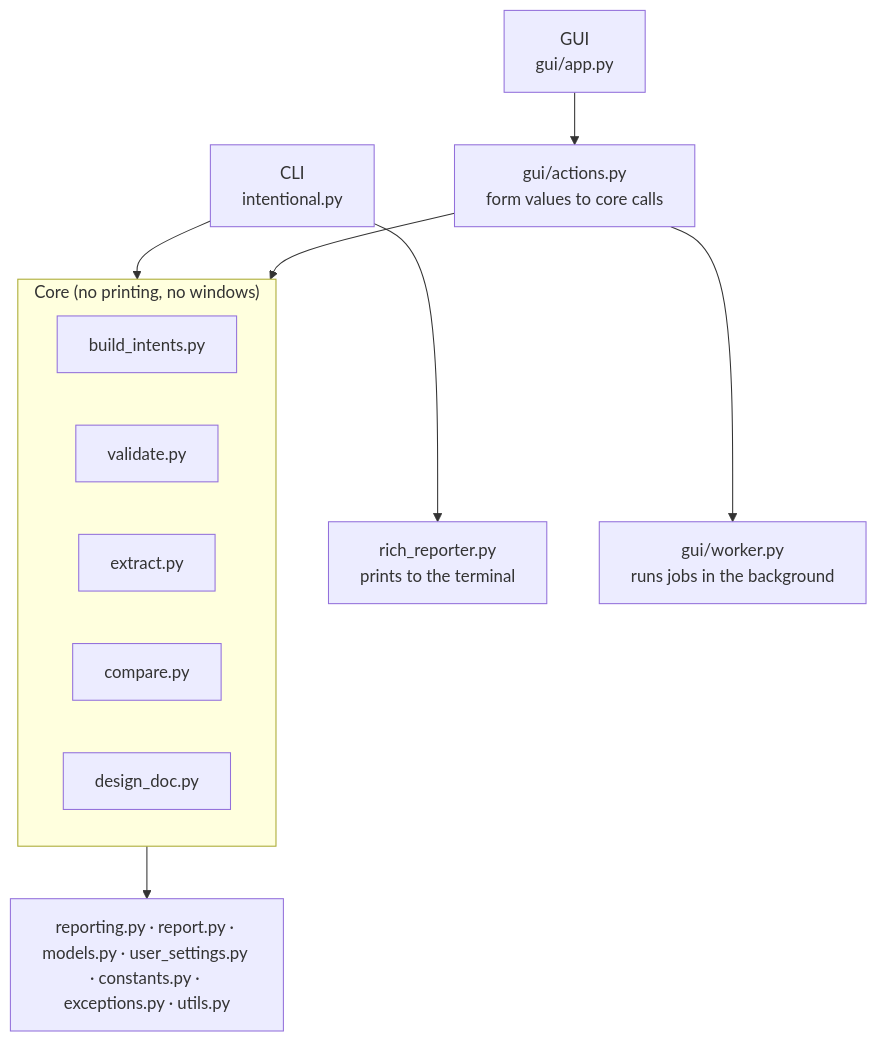
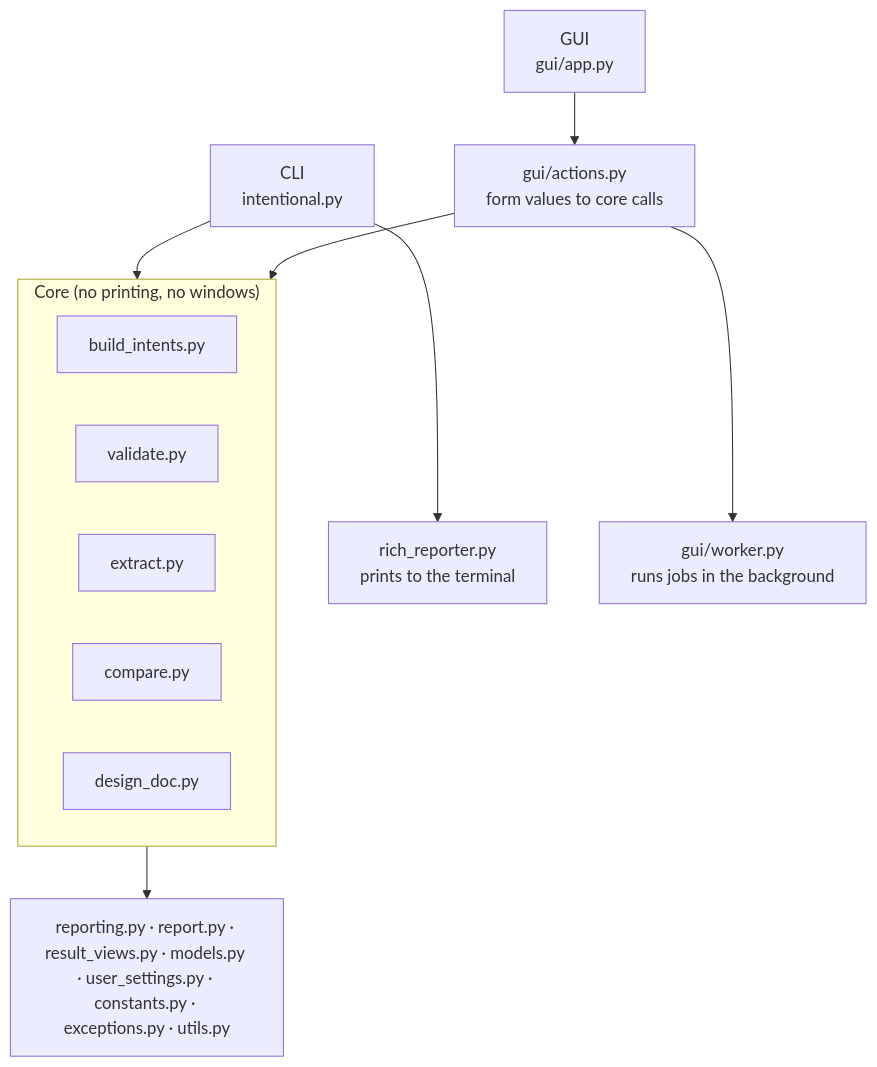
The first of 2 diagrams in docs/code-guide.md (andrewjstuart/intentional-py), drawn with Mermaid before and after one commit. The commit also changed other lines of this file and 3 other files, not shown here.

First line of the commit message:
refactor(reporting): ♻️ share result views across fronts

````diff
--- a/docs/code-guide.md
+++ b/docs/code-guide.md
@@ -22,16 +22,16 @@
 ```mermaid
 flowchart TD
     CLI["CLI<br/>intentional.py"] --> RR["rich_reporter.py<br/>prints to the terminal"]
     GUI["GUI<br/>gui/app.py"] --> ACT["gui/actions.py<br/>form values to core calls"]
     ACT --> WRK["gui/worker.py<br/>runs jobs in the background"]
     CLI --> CORE
     ACT --> CORE
     subgraph CORE["Core (no printing, no windows)"]
         BUILD["build_intents.py"]
         VAL["validate.py"]
         EXT["extract.py"]
         CMP["compare.py"]
         DES["design_doc.py"]
     end
-    CORE --> SHARED["reporting.py · report.py · models.py · user_settings.py · constants.py · exceptions.py · utils.py"]
+    CORE --> SHARED["reporting.py · report.py · result_views.py · models.py · user_settings.py · constants.py · exceptions.py · utils.py"]
 ```
````
